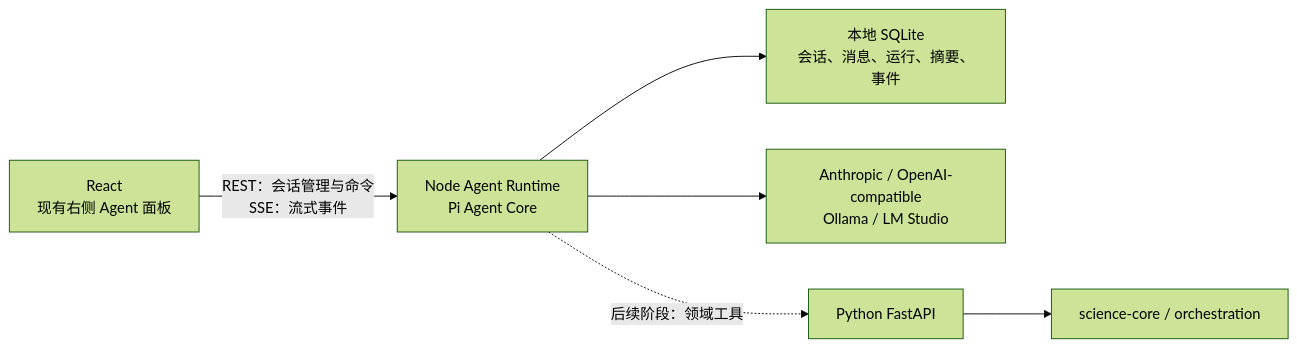
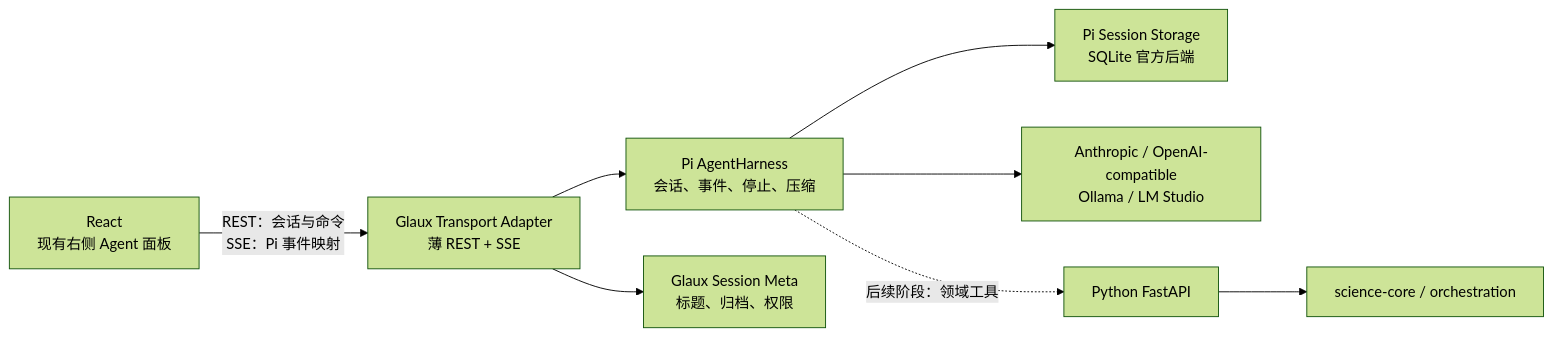
The first of 5 diagrams in docs/sdd/feats/00-reference-agent-conversations/README.md (zhentai-sn/open-glaux), drawn with Mermaid (forest theme) before and after one commit. The commit also changed other lines of this file, not shown here.

Commit message:
docs(sdd): align agent runtime with pi harness

````diff
--- a/docs/sdd/feats/00-reference-agent-conversations/README.md
+++ b/docs/sdd/feats/00-reference-agent-conversations/README.md
@@ -105,15 +108,19 @@
 ```mermaid
 flowchart LR
     UI["React<br/>现有右侧 Agent 面板"]
-    RT["Node Agent Runtime<br/>Pi Agent Core"]
-    DB["本地 SQLite<br/>会话、消息、运行、摘要、事件"]
+    ADAPTER["Glaux Transport Adapter<br/>薄 REST + SSE"]
+    HARNESS["Pi AgentHarness<br/>会话、事件、停止、压缩"]
+    STORE["Pi Session Storage<br/>SQLite 官方后端"]
+    META["Glaux Session Meta<br/>标题、归档、权限"]
     LLM["Anthropic / OpenAI-compatible<br/>Ollama / LM Studio"]
     API["Python FastAPI"]
     CORE["science-core / orchestration"]
 
-    UI -->|"REST：会话管理与命令<br/>SSE：流式事件"| RT
-    RT --> DB
-    RT --> LLM
-    RT -.->|"后续阶段：领域工具"| API
+    UI -->|"REST：会话与命令<br/>SSE：Pi 事件映射"| ADAPTER
+    ADAPTER --> HARNESS
+    ADAPTER --> META
+    HARNESS --> STORE
+    HARNESS --> LLM
+    HARNESS -.->|"后续阶段：领域工具"| API
     API --> CORE
 ```
````
